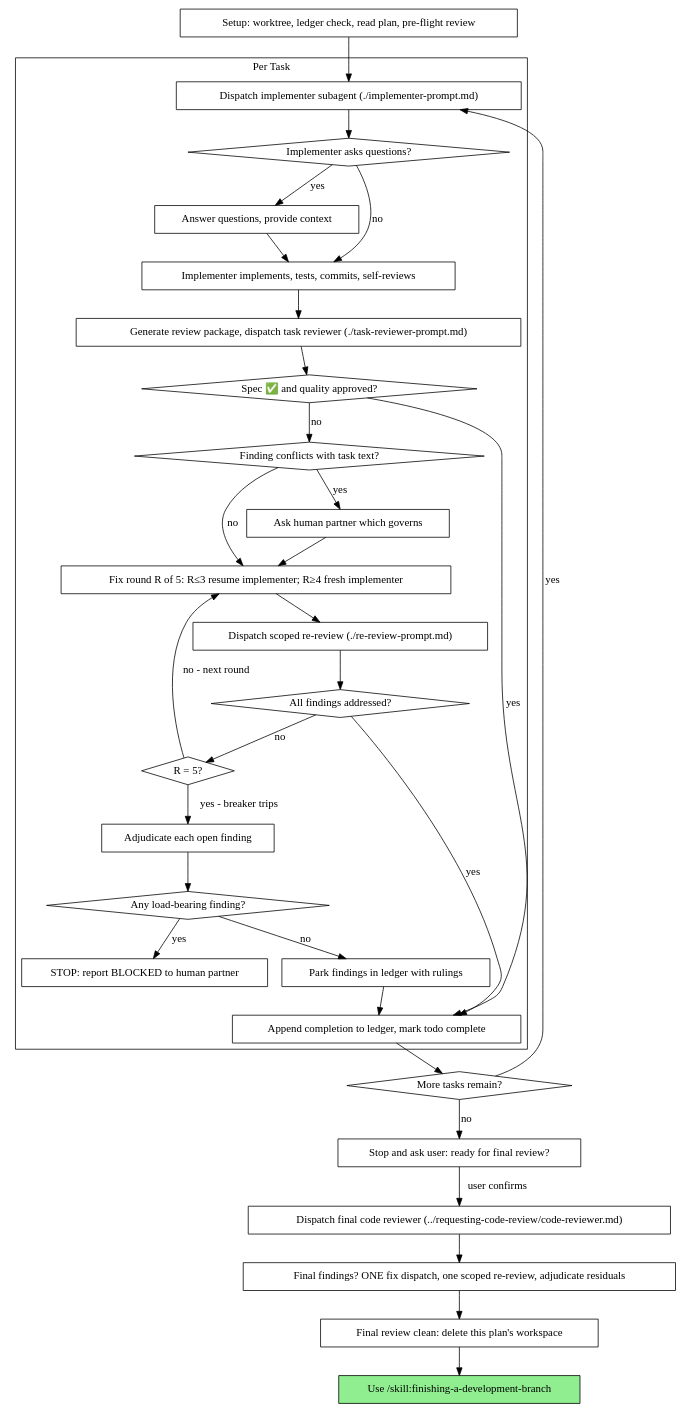
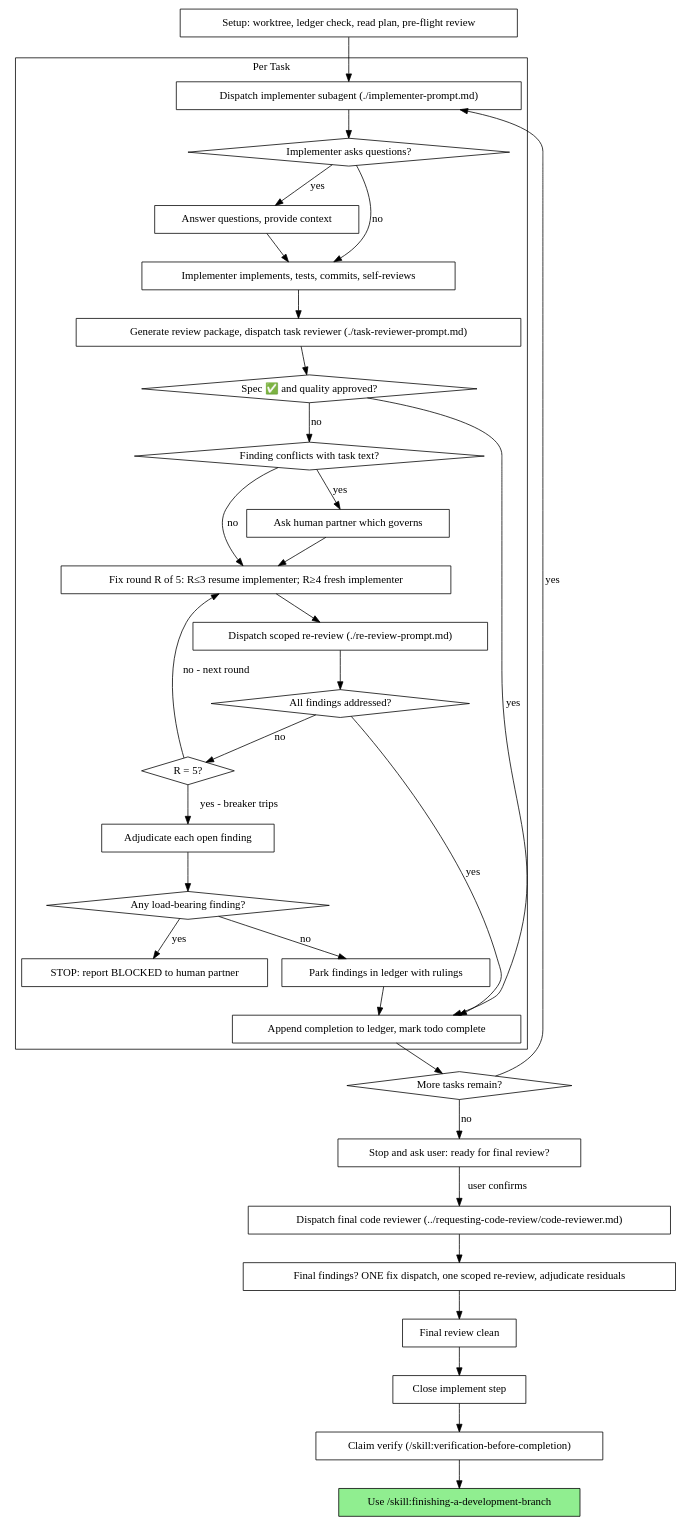
The second of 2 diagrams in packages/pi-superpowers-plus/skills/subagent-driven-development/SKILL.md (johnstegeman/pi-packages), drawn with Graphviz before and after one commit. The commit also changed other lines of this file, not shown here.

Commit message:
docs(superpowers): SDD terminal handoff mirrors executing-plans (M13)

````diff
--- a/packages/pi-superpowers-plus/skills/subagent-driven-development/SKILL.md
+++ b/packages/pi-superpowers-plus/skills/subagent-driven-development/SKILL.md
@@ -87,64 +87,68 @@
 ```dot
 digraph process {
     rankdir=TB;
 
     subgraph cluster_per_task {
         label="Per Task";
         "Dispatch implementer subagent (./implementer-prompt.md)" [shape=box];
         "Implementer asks questions?" [shape=diamond];
         "Answer questions, provide context" [shape=box];
         "Implementer implements, tests, commits, self-reviews" [shape=box];
         "Generate review package, dispatch task reviewer (./task-reviewer-prompt.md)" [shape=box];
         "Spec ✅ and quality approved?" [shape=diamond];
         "Finding conflicts with task text?" [shape=diamond];
         "Ask human partner which governs" [shape=box];
         "Fix round R of 5: R≤3 resume implementer; R≥4 fresh implementer" [shape=box];
         "Dispatch scoped re-review (./re-review-prompt.md)" [shape=box];
         "All findings addressed?" [shape=diamond];
         "R = 5?" [shape=diamond];
         "Adjudicate each open finding" [shape=box];
         "Any load-bearing finding?" [shape=diamond];
         "STOP: report BLOCKED to human partner" [shape=box];
         "Park findings in ledger with rulings" [shape=box];
         "Append completion to ledger, mark todo complete" [shape=box];
     }
 
     "Setup: worktree, ledger check, read plan, pre-flight review" [shape=box];
     "More tasks remain?" [shape=diamond];
     "Stop and ask user: ready for final review?" [shape=box];
     "Dispatch final code reviewer (../requesting-code-review/code-reviewer.md)" [shape=box];
     "Final findings? ONE fix dispatch, one scoped re-review, adjudicate residuals" [shape=box];
-    "Final review clean: delete this plan's workspace" [shape=box];
+    "Final review clean" [shape=box];
+    "Close implement step" [shape=box];
+    "Claim verify (/skill:verification-before-completion)" [shape=box];
     "Use /skill:finishing-a-development-branch" [shape=box style=filled fillcolor=lightgreen];
 
     "Setup: worktree, ledger check, read plan, pre-flight review" -> "Dispatch implementer subagent (./implementer-prompt.md)";
     "Dispatch implementer subagent (./implementer-prompt.md)" -> "Implementer asks questions?";
     "Implementer asks questions?" -> "Answer questions, provide context" [label="yes"];
     "Answer questions, provide context" -> "Implementer implements, tests, commits, self-reviews";
     "Implementer asks questions?" -> "Implementer implements, tests, commits, self-reviews" [label="no"];
     "Implementer implements, tests, commits, self-reviews" -> "Generate review package, dispatch task reviewer (./task-reviewer-prompt.md)";
     "Generate review package, dispatch task reviewer (./task-reviewer-prompt.md)" -> "Spec ✅ and quality approved?";
     "Spec ✅ and quality approved?" -> "Append completion to ledger, mark todo complete" [label="yes"];
     "Spec ✅ and quality approved?" -> "Finding conflicts with task text?" [label="no"];
     "Finding conflicts with task text?" -> "Ask human partner which governs" [label="yes"];
     "Ask human partner which governs" -> "Fix round R of 5: R≤3 resume implementer; R≥4 fresh implementer";
     "Finding conflicts with task text?" -> "Fix round R of 5: R≤3 resume implementer; R≥4 fresh implementer" [label="no"];
     "Fix round R of 5: R≤3 resume implementer; R≥4 fresh implementer" -> "Dispatch scoped re-review (./re-review-prompt.md)";
     "Dispatch scoped re-review (./re-review-prompt.md)" -> "All findings addressed?";
     "All findings addressed?" -> "Append completion to ledger, mark todo complete" [label="yes"];
     "All findings addressed?" -> "R = 5?" [label="no"];
     "R = 5?" -> "Fix round R of 5: R≤3 resume implementer; R≥4 fresh implementer" [label="no - next round"];
     "R = 5?" -> "Adjudicate each open finding" [label="yes - breaker trips"];
     "Adjudicate each open finding" -> "Any load-bearing finding?";
     "Any load-bearing finding?" -> "STOP: report BLOCKED to human partner" [label="yes"];
     "Any load-bearing finding?" -> "Park findings in ledger with rulings" [label="no"];
     "Park findings in ledger with rulings" -> "Append completion to ledger, mark todo complete";
     "Append completion to ledger, mark todo complete" -> "More tasks remain?";
     "More tasks remain?" -> "Dispatch implementer subagent (./implementer-prompt.md)" [label="yes"];
     "More tasks remain?" -> "Stop and ask user: ready for final review?" [label="no"];
     "Stop and ask user: ready for final review?" -> "Dispatch final code reviewer (../requesting-code-review/code-reviewer.md)" [label="user confirms"];
     "Dispatch final code reviewer (../requesting-code-review/code-reviewer.md)" -> "Final findings? ONE fix dispatch, one scoped re-review, adjudicate residuals";
-    "Final findings? ONE fix dispatch, one scoped re-review, adjudicate residuals" -> "Final review clean: delete this plan's workspace";
-    "Final review clean: delete this plan's workspace" -> "Use /skill:finishing-a-development-branch";
+    "Final findings? ONE fix dispatch, one scoped re-review, adjudicate residuals" -> "Final review clean";
+    "Final review clean" -> "Close implement step";
+    "Close implement step" -> "Claim verify (/skill:verification-before-completion)";
+    "Claim verify (/skill:verification-before-completion)" -> "Use /skill:finishing-a-development-branch";
 }
 ```
````
